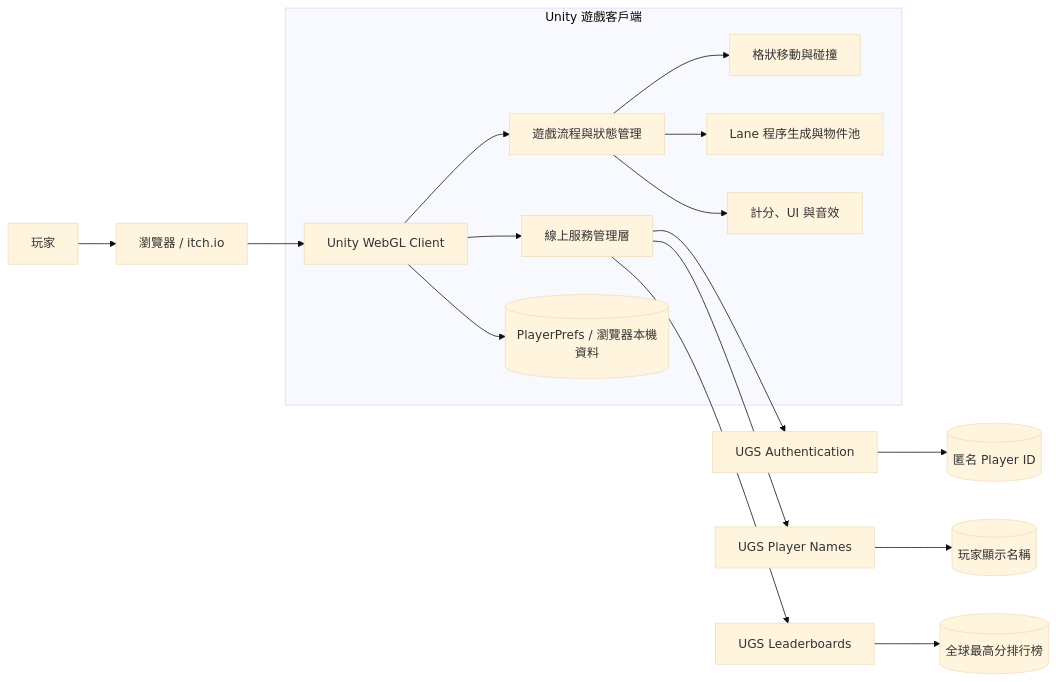
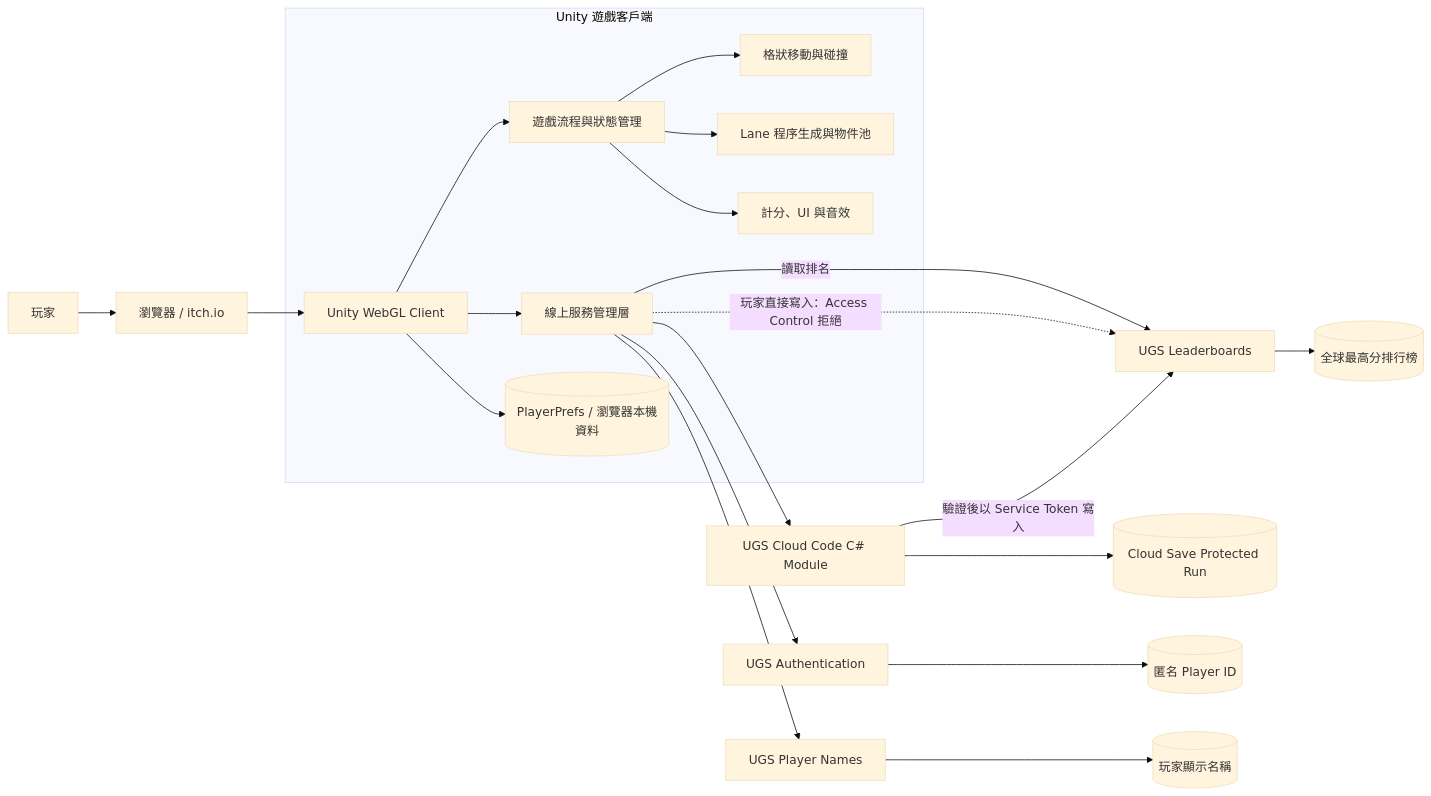
One commit to 789jacobis/CrossyGame changed the diagram in README.md. Above: the diagram before and after it, drawn with Mermaid (base theme). The commit also changed other lines of this file and 25 other files, not shown here.

````diff
--- a/README.md
+++ b/README.md
@@ -96,22 +87,27 @@
 ```mermaid
 flowchart LR
     Player[玩家] --> Browser[瀏覽器 / itch.io]
     Browser --> Client[Unity WebGL Client]
 
     subgraph UnityClient[Unity 遊戲客戶端]
         Client --> Game[遊戲流程與狀態管理]
         Game --> Movement[格狀移動與碰撞]
         Game --> World[Lane 程序生成與物件池]
         Game --> Score[計分、UI 與音效]
         Client --> Online[線上服務管理層]
         Client --> Local[(PlayerPrefs / 瀏覽器本機資料)]
     end
 
     Online --> Auth[UGS Authentication]
     Online --> Names[UGS Player Names]
-    Online --> Board[UGS Leaderboards]
+    Online --> CloudCode[UGS Cloud Code C# Module]
+    Online -->|讀取排名| Board[UGS Leaderboards]
+    Online -.->|玩家直接寫入：Access Control 拒絕| Board
+
+    CloudCode --> Runs[(Cloud Save Protected Run)]
+    CloudCode -->|驗證後以 Service Token 寫入| Board
 
     Auth --> Identity[(匿名 Player ID)]
     Names --> Profile[(玩家顯示名稱)]
     Board --> Ranking[(全球最高分排行榜)]
 ```
````
